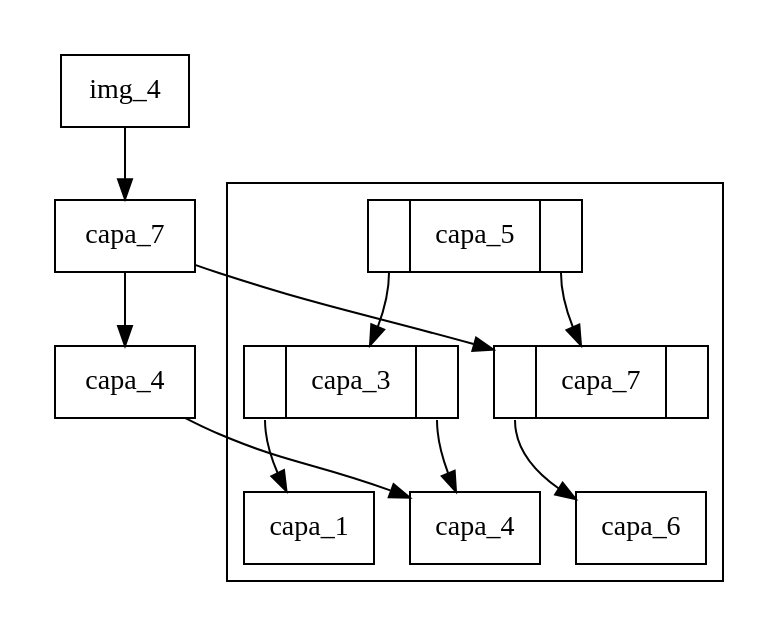
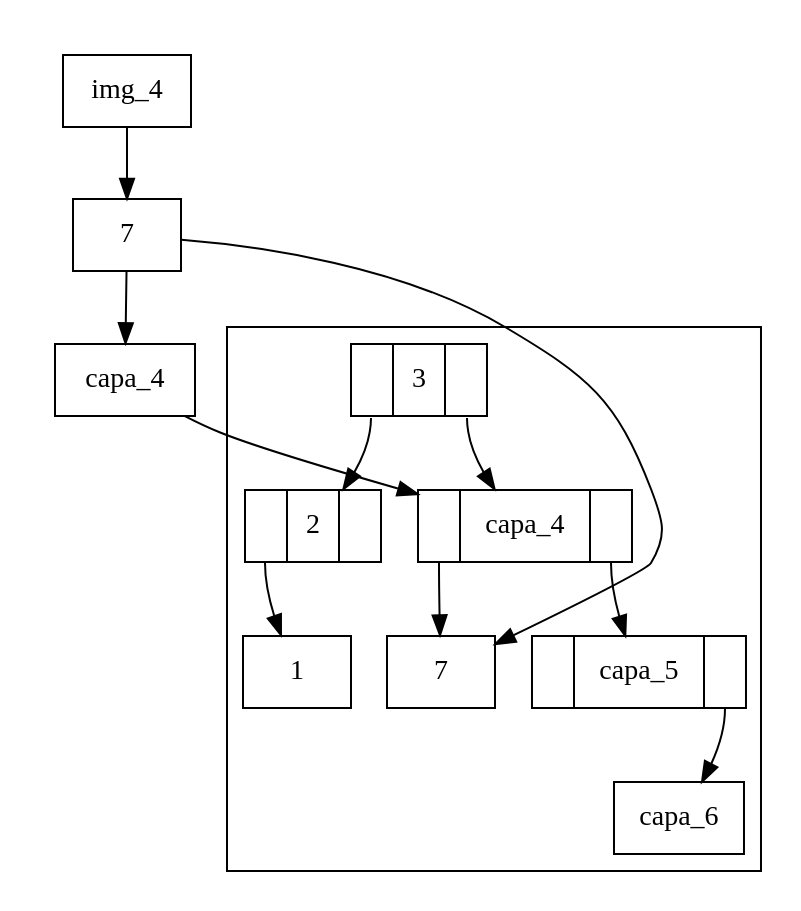
Before and after one commit to Chejohrpp/Proyecto1-EstructuraDatos: the diagram in img/dibujable.dot, drawn with Graphviz. The commit also changed 9 other files, not shown here.

```diff
--- a/img/dibujable.dot
+++ b/img/dibujable.dot
@@ -1,29 +1,31 @@
 digraph g{ compound=true;
-subgraph cluster_img_4{
+subgraph cluster_img_img_4{
 style=filled;
 style=filled;
 color=white;
 node [shape=box,color=black];
-img_4img_4[label="img_4 "];
-img_4img_4->img_4capa_7;
-img_4capa_7->img_4capa_4;
-img_4capa_7[label="capa_7 "];
-img_4capa_4[label="capa_4 "];
+img_img_4img_4[label="img_4 "];
+img_img_4img_4->img_img_4_capas7;
+img_img_4_capas7->img_img_4_capascapa_4;
+img_img_4_capas7[label="7 "];
+img_img_4_capascapa_4[label="capa_4 "];
 }
 subgraph cluster_arbol_capas{
 rankdir=TB;
 node[shape = record, style=filled, fillcolor=white];
-capascapa_5:C0->capascapa_3;
-capascapa_3:C0->capascapa_1;
-capascapa_1[label="capa_1"];
-capascapa_3:C1->capascapa_4;
-capascapa_4[label="capa_4"];
-capascapa_3[ label ="<C0>|capa_3|<C1>"];
-capascapa_5:C1->capascapa_7;
-capascapa_7:C0->capascapa_6;
+capas3:C0->capas2;
+capas2:C0->capas1;
+capas1[label="1"];
+capas2[ label ="<C0>|2|<C1>"];
+capas3:C1->capascapa_4;
+capascapa_4:C0->capas7;
+capas7[label="7"];
+capascapa_4:C1->capascapa_5;
+capascapa_5:C1->capascapa_6;
 capascapa_6[label="capa_6"];
-capascapa_7[ label ="<C0>|capa_7|<C1>"];
 capascapa_5[ label ="<C0>|capa_5|<C1>"];
-}img_4capa_7->capascapa_7;
-img_4capa_4->capascapa_4;
+capascapa_4[ label ="<C0>|capa_4|<C1>"];
+capas3[ label ="<C0>|3|<C1>"];
+}img_img_4_capas7->capas7;
+img_img_4_capascapa_4->capascapa_4;
  }
```
